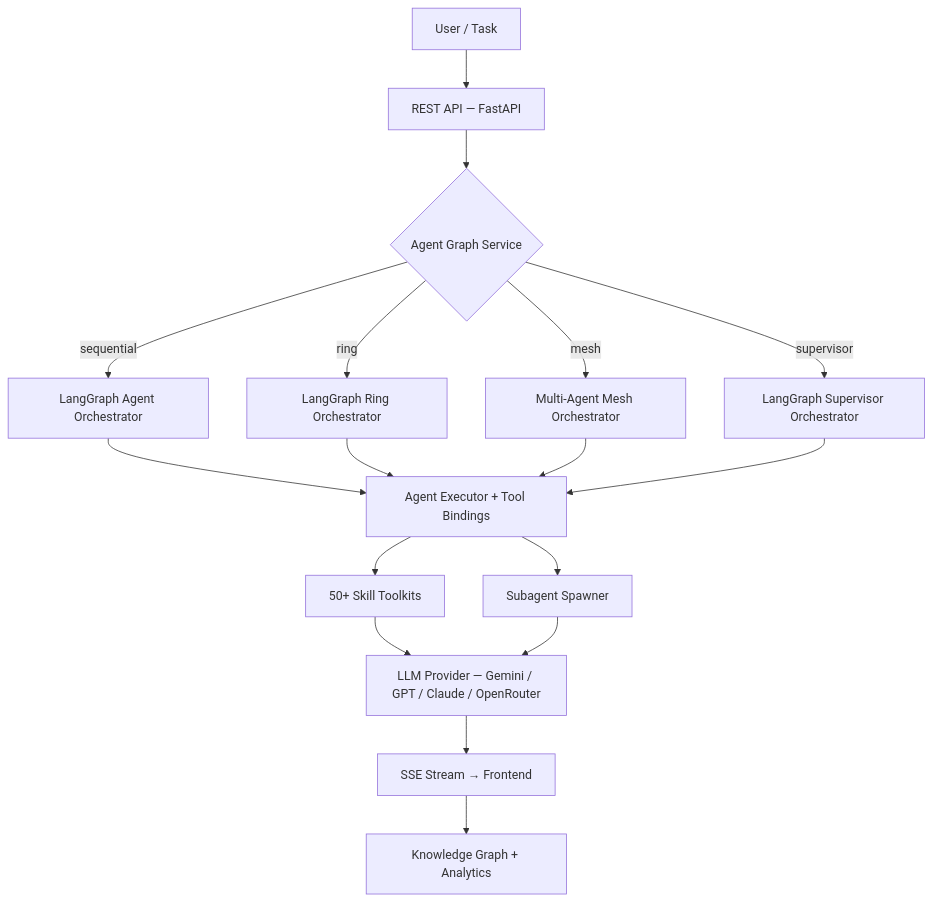
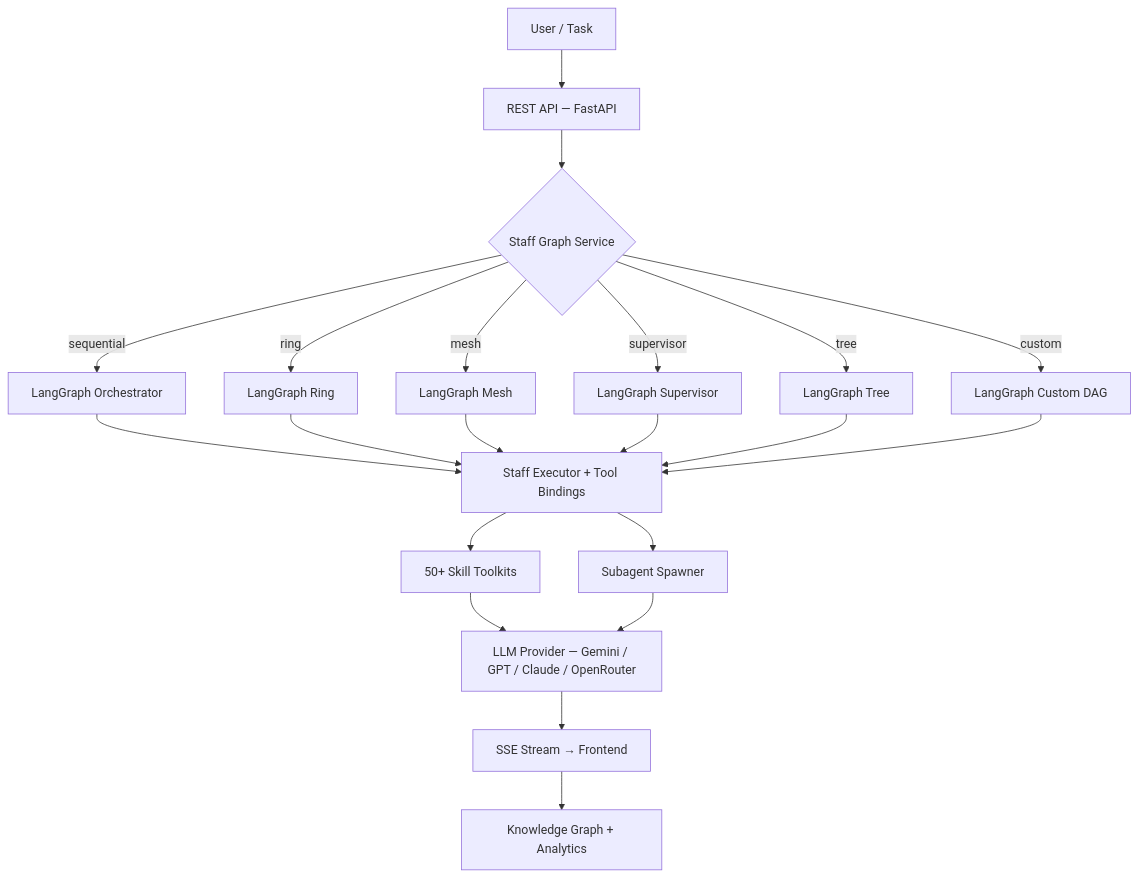
Before and after one commit to SuZeAI/ai-collective: the diagram in README.md, drawn with Mermaid. The commit also changed other lines of this file and 3 other files, not shown here.

````diff
--- a/README.md
+++ b/README.md
@@ -46,15 +46,17 @@
 ```mermaid
 graph TD
     A[User / Task] --> B[REST API — FastAPI]
-    B --> C{Agent Graph Service}
-    C -->|sequential| D[LangGraph Agent Orchestrator]
-    C -->|ring| E[LangGraph Ring Orchestrator]
-    C -->|mesh| F[Multi-Agent Mesh Orchestrator]
-    C -->|supervisor| G[LangGraph Supervisor Orchestrator]
-    D & E & F & G --> H[Agent Executor + Tool Bindings]
+    B --> C{Staff Graph Service}
+    C -->|sequential| D[LangGraph Orchestrator]
+    C -->|ring| E[LangGraph Ring]
+    C -->|mesh| F[LangGraph Mesh]
+    C -->|supervisor| G[LangGraph Supervisor]
+    C -->|tree| N[LangGraph Tree]
+    C -->|custom| O[LangGraph Custom DAG]
+    D & E & F & G & N & O --> H[Staff Executor + Tool Bindings]
     H --> I[50+ Skill Toolkits]
     H --> J[Subagent Spawner]
     I & J --> K[LLM Provider — Gemini / GPT / Claude / OpenRouter]
     K --> L[SSE Stream → Frontend]
     L --> M[Knowledge Graph + Analytics]
 ```
````
